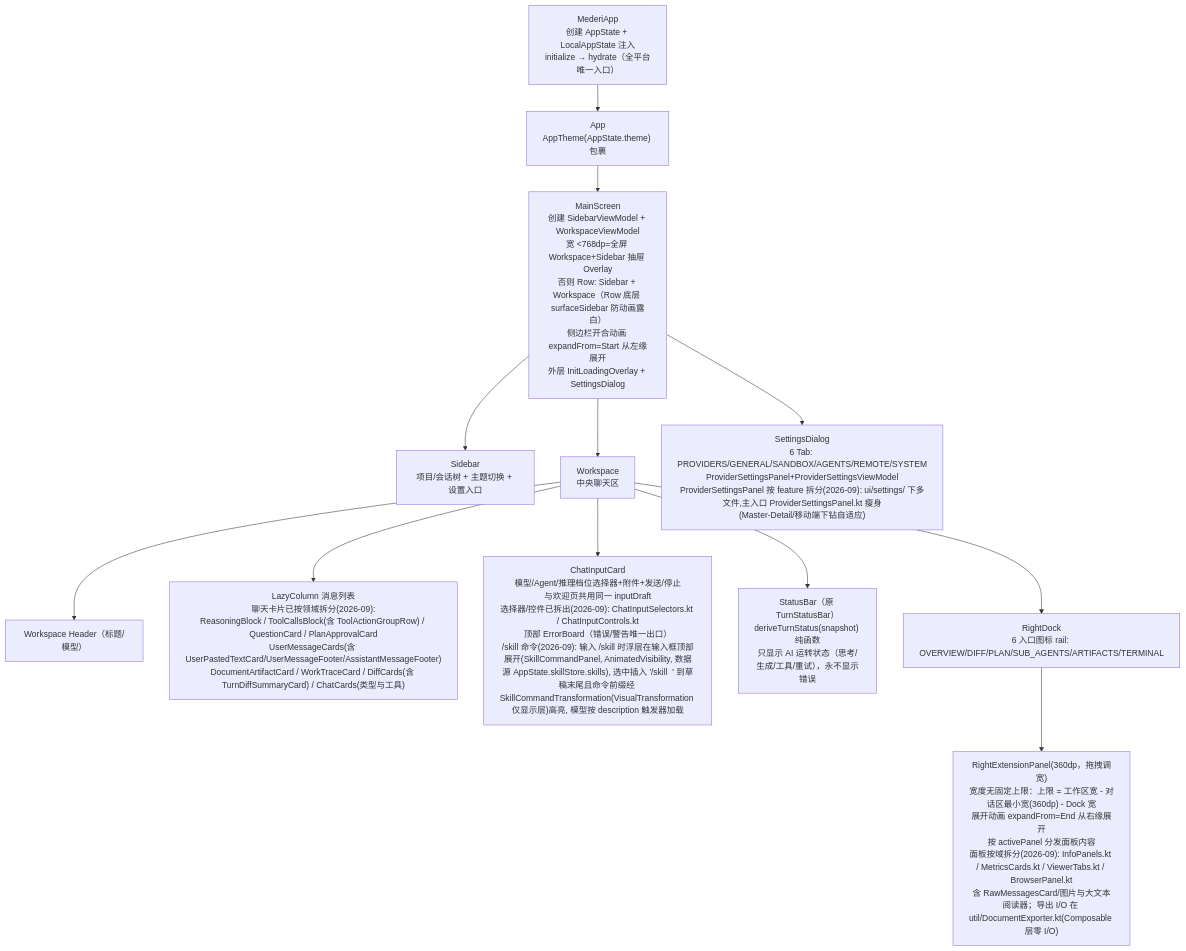
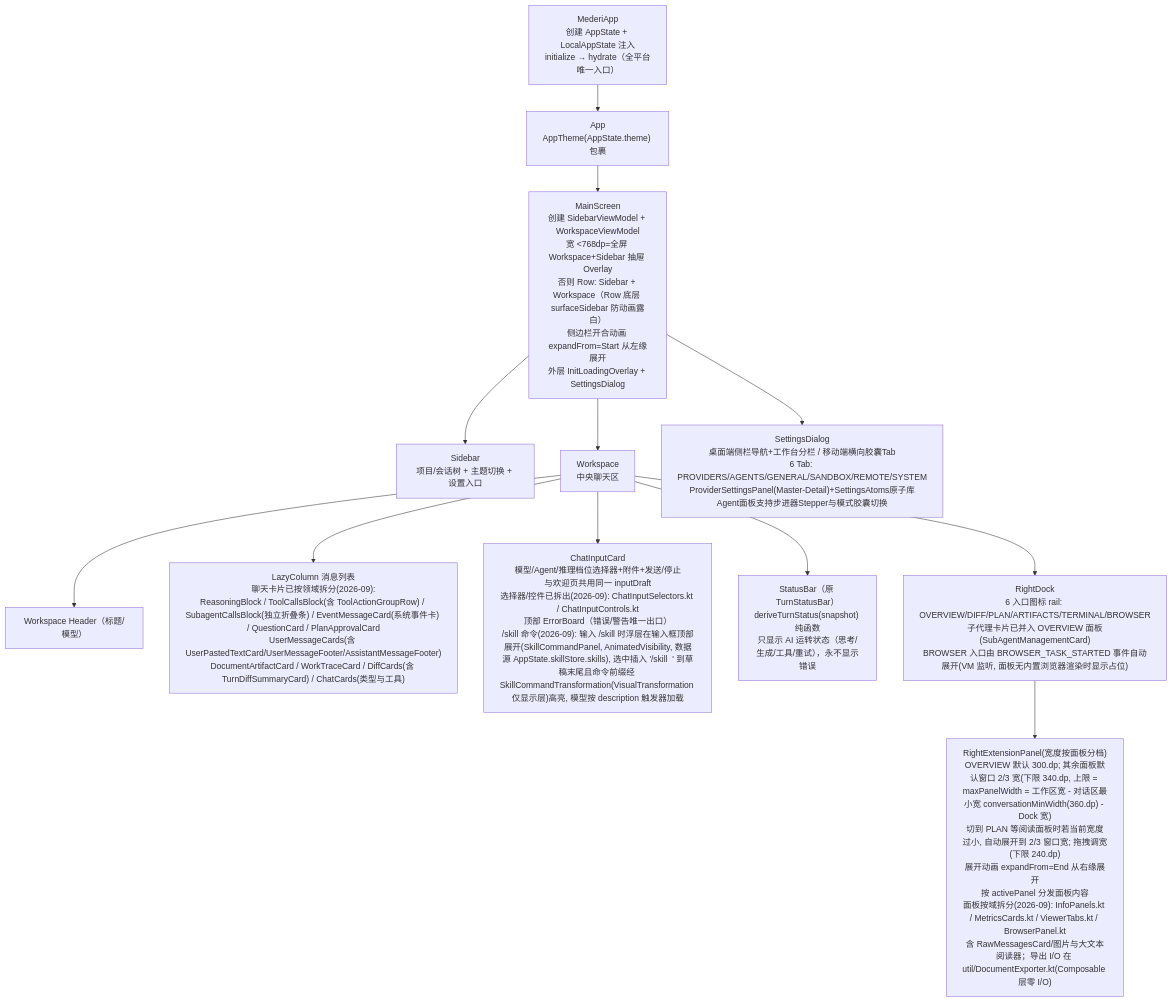
The third of 4 diagrams in docs/architecture/02-app-shared.md (lzdev42/mederi), drawn with Mermaid before and after one commit. The commit also changed other lines of this file and 75 other files, not shown here.

````diff
--- a/docs/architecture/02-app-shared.md
+++ b/docs/architecture/02-app-shared.md
@@ -366,24 +404,24 @@
 ```mermaid
 flowchart TD
     MA["MederiApp<br/>创建 AppState + LocalAppState 注入<br/>initialize → hydrate（全平台唯一入口）"]
     APP["App<br/>AppTheme(AppState.theme) 包裹"]
     MS["MainScreen<br/>创建 SidebarViewModel + WorkspaceViewModel<br/>宽 <768dp=全屏 Workspace+Sidebar 抽屉 Overlay<br/>否则 Row: Sidebar + Workspace（Row 底层 surfaceSidebar 防动画露白）<br/>侧边栏开合动画 expandFrom=Start 从左缘展开<br/>外层 InitLoadingOverlay + SettingsDialog"]
     SB["Sidebar<br/>项目/会话树 + 主题切换 + 设置入口"]
     WS["Workspace<br/>中央聊天区"]
     HDR["Workspace Header（标题/模型）"]
-    LIST["LazyColumn 消息列表<br/>聊天卡片已按领域拆分(2026-09):<br/>ReasoningBlock / ToolCallsBlock(含 ToolActionGroupRow) / QuestionCard / PlanApprovalCard<br/>UserMessageCards(含 UserPastedTextCard/UserMessageFooter/AssistantMessageFooter)<br/>DocumentArtifactCard / WorkTraceCard / DiffCards(含 TurnDiffSummaryCard) / ChatCards(类型与工具)"]
+    LIST["LazyColumn 消息列表<br/>聊天卡片已按领域拆分(2026-09):<br/>ReasoningBlock / ToolCallsBlock(含 ToolActionGroupRow) / SubagentCallsBlock(独立折叠条) / EventMessageCard(系统事件卡) / QuestionCard / PlanApprovalCard<br/>UserMessageCards(含 UserPastedTextCard/UserMessageFooter/AssistantMessageFooter)<br/>DocumentArtifactCard / WorkTraceCard / DiffCards(含 TurnDiffSummaryCard) / ChatCards(类型与工具)"]
     INPUT["ChatInputCard<br/>模型/Agent/推理档位选择器+附件+发送/停止<br/>与欢迎页共用同一 inputDraft<br/>选择器/控件已拆出(2026-09): ChatInputSelectors.kt / ChatInputControls.kt<br/>顶部 ErrorBoard（错误/警告唯一出口）<br/>/skill 命令(2026-09): 输入 /skill 时浮层在输入框顶部展开(SkillCommandPanel, AnimatedVisibility, 数据源 AppState.skillStore.skills), 选中插入 '/skill <name> ' 到草稿末尾且命令前缀经 SkillCommandTransformation(VisualTransformation 仅显示层)高亮, 模型按 description 触发器加载"]
     SBAR["StatusBar（原 TurnStatusBar）<br/>deriveTurnStatus(snapshot) 纯函数<br/>只显示 AI 运转状态（思考/生成/工具/重试），永不显示错误"]
-    DOCK["RightDock<br/>6 入口图标 rail: OVERVIEW/DIFF/PLAN/SUB_AGENTS/ARTIFACTS/TERMINAL"]
-    REP["RightExtensionPanel(360dp，拖拽调宽)<br/>宽度无固定上限：上限 = 工作区宽 - 对话区最小宽(360dp) - Dock 宽<br/>展开动画 expandFrom=End 从右缘展开<br/>按 activePanel 分发面板内容<br/>面板按域拆分(2026-09): InfoPanels.kt / MetricsCards.kt / ViewerTabs.kt / BrowserPanel.kt<br/>含 RawMessagesCard/图片与大文本阅读器；导出 I/O 在 util/DocumentExporter.kt(Composable 层零 I/O)"]
-    SD["SettingsDialog<br/>6 Tab: PROVIDERS/GENERAL/SANDBOX/AGENTS/REMOTE/SYSTEM<br/>ProviderSettingsPanel+ProviderSettingsViewModel<br/>ProviderSettingsPanel 按 feature 拆分(2026-09): ui/settings/ 下多文件,主入口 ProviderSettingsPanel.kt 瘦身<br/>(Master-Detail/移动端下钻自适应)"]
+    DOCK["RightDock<br/>6 入口图标 rail: OVERVIEW/DIFF/PLAN/ARTIFACTS/TERMINAL/BROWSER<br/>子代理卡片已并入 OVERVIEW 面板(SubAgentManagementCard)<br/>BROWSER 入口由 BROWSER_TASK_STARTED 事件自动展开(VM 监听, 面板无内置浏览器渲染时显示占位)"]
+    REP["RightExtensionPanel(宽度按面板分档)<br/>OVERVIEW 默认 300.dp; 其余面板默认窗口 2/3 宽(下限 340.dp, 上限 = maxPanelWidth = 工作区宽 - 对话区最小宽 conversationMinWidth(360.dp) - Dock 宽)<br/>切到 PLAN 等阅读面板时若当前宽度过小, 自动展开到 2/3 窗口宽; 拖拽调宽(下限 240.dp)<br/>展开动画 expandFrom=End 从右缘展开<br/>按 activePanel 分发面板内容<br/>面板按域拆分(2026-09): InfoPanels.kt / MetricsCards.kt / ViewerTabs.kt / BrowserPanel.kt<br/>含 RawMessagesCard/图片与大文本阅读器；导出 I/O 在 util/DocumentExporter.kt(Composable 层零 I/O)"]
+    SD["SettingsDialog<br/>桌面端侧栏导航+工作台分栏 / 移动端横向胶囊Tab<br/>6 Tab: PROVIDERS/AGENTS/GENERAL/SANDBOX/REMOTE/SYSTEM<br/>ProviderSettingsPanel(Master-Detail)+SettingsAtoms原子库<br/>Agent面板支持步进器Stepper与模式胶囊切换"]
     MA --> APP --> MS
     MS --> SB
     MS --> WS
     WS --> HDR
     WS --> LIST
     WS --> INPUT
     WS --> SBAR
     WS --> DOCK --> REP
     MS --> SD
 ```
````
